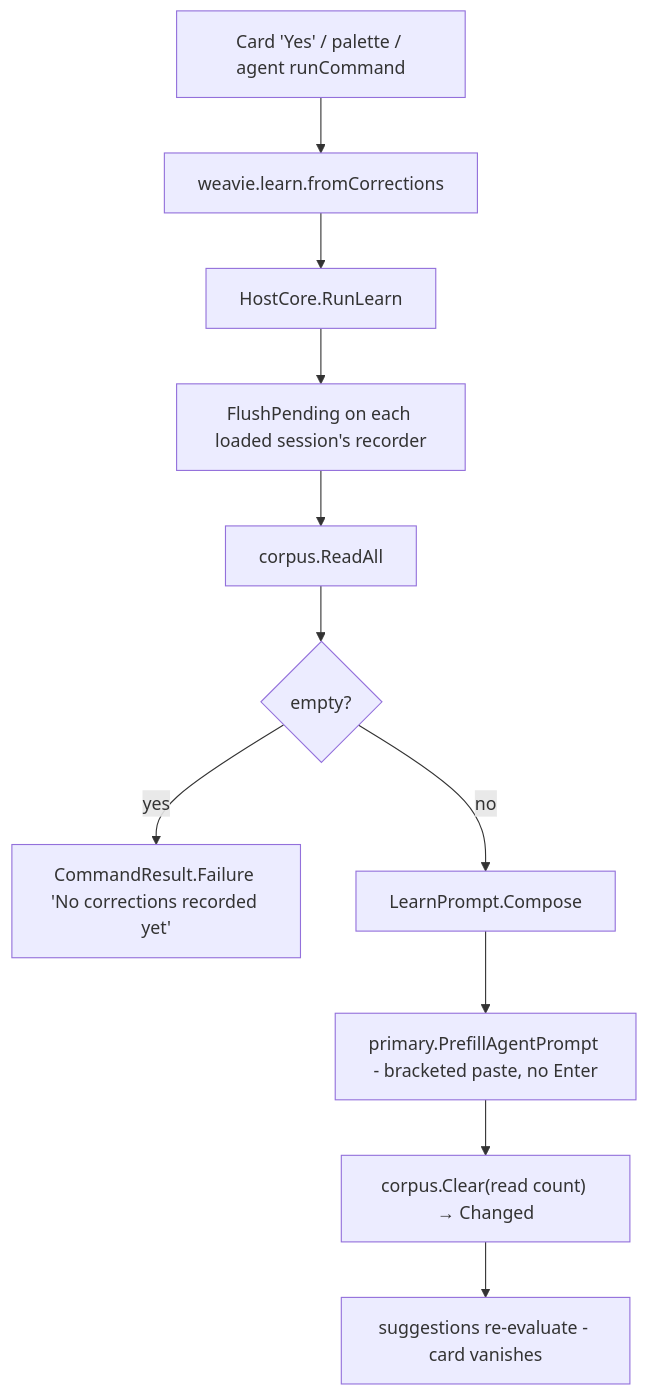
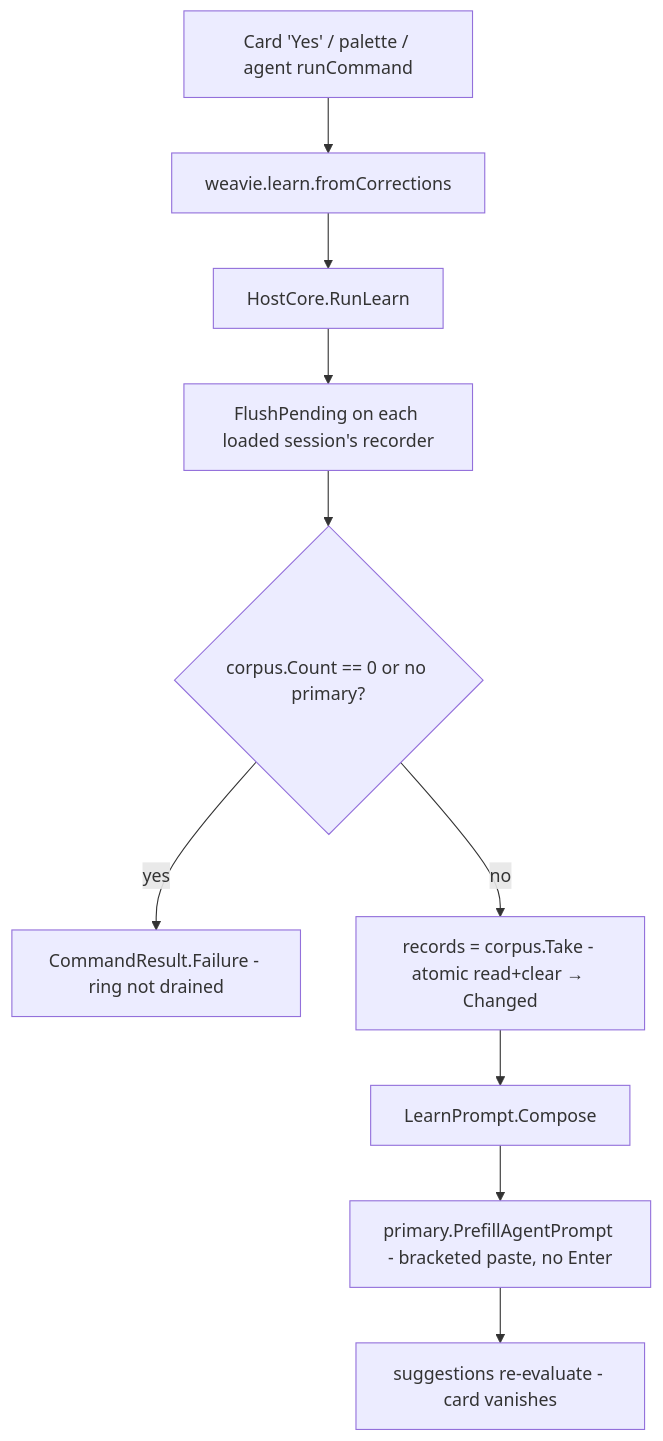
Before and after one commit to Kapps/weavie: the second of 2 diagrams in docs/specs/learn-from-corrections.md, drawn with Mermaid. The commit also changed other lines of this file and 8 other files, not shown here.

First line of the commit message:
Address code-review findings on learn-from-corrections

````diff
--- a/docs/specs/learn-from-corrections.md
+++ b/docs/specs/learn-from-corrections.md
@@ -112,13 +123,12 @@
 ```mermaid
 flowchart TD
   A[Card 'Yes' / palette / agent runCommand] --> B[weavie.learn.fromCorrections]
   B --> C[HostCore.RunLearn]
   C --> D[FlushPending on each loaded session's recorder]
-  D --> E[corpus.ReadAll]
-  E --> F{empty?}
-  F -- yes --> G[CommandResult.Failure 'No corrections recorded yet']
-  F -- no --> H[LearnPrompt.Compose]
-  H --> I[primary.PrefillAgentPrompt - bracketed paste, no Enter]
-  I --> J["corpus.Clear(read count) → Changed"]
+  D --> E{corpus.Count == 0 or no primary?}
+  E -- yes --> G[CommandResult.Failure - ring not drained]
+  E -- no --> H[records = corpus.Take - atomic read+clear → Changed]
+  H --> I[LearnPrompt.Compose]
+  I --> J[primary.PrefillAgentPrompt - bracketed paste, no Enter]
   J --> K[suggestions re-evaluate - card vanishes]
 ```
````
